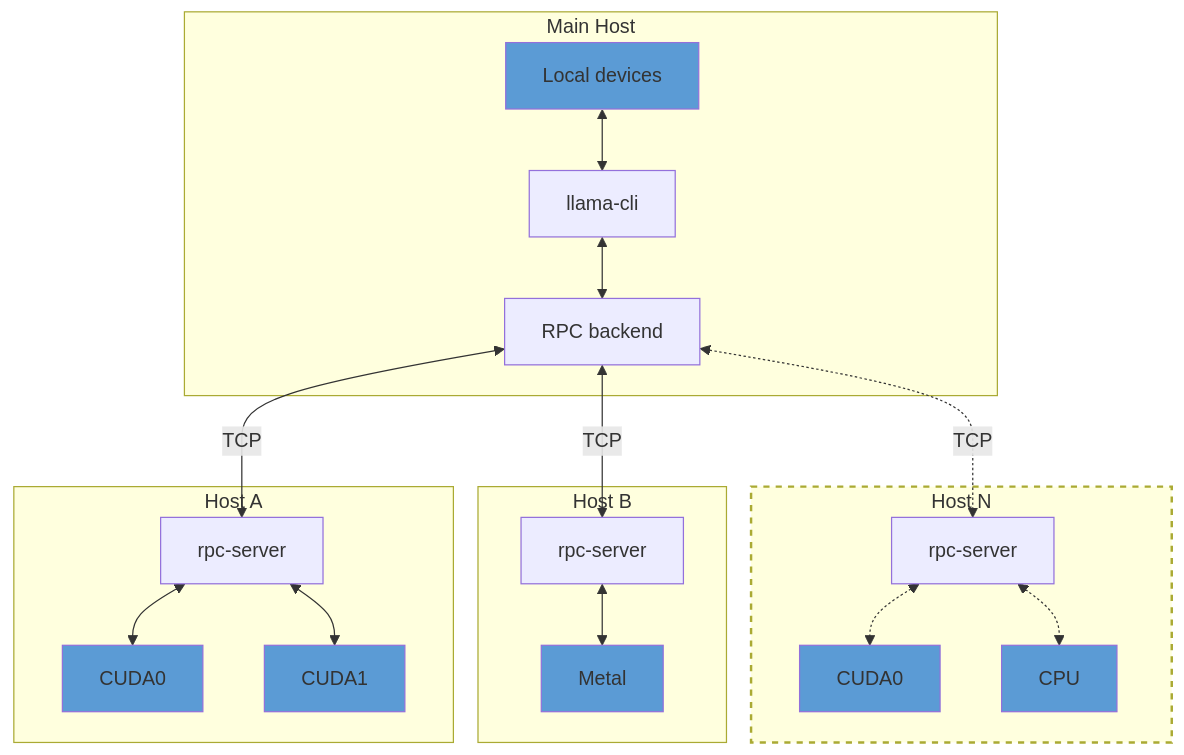
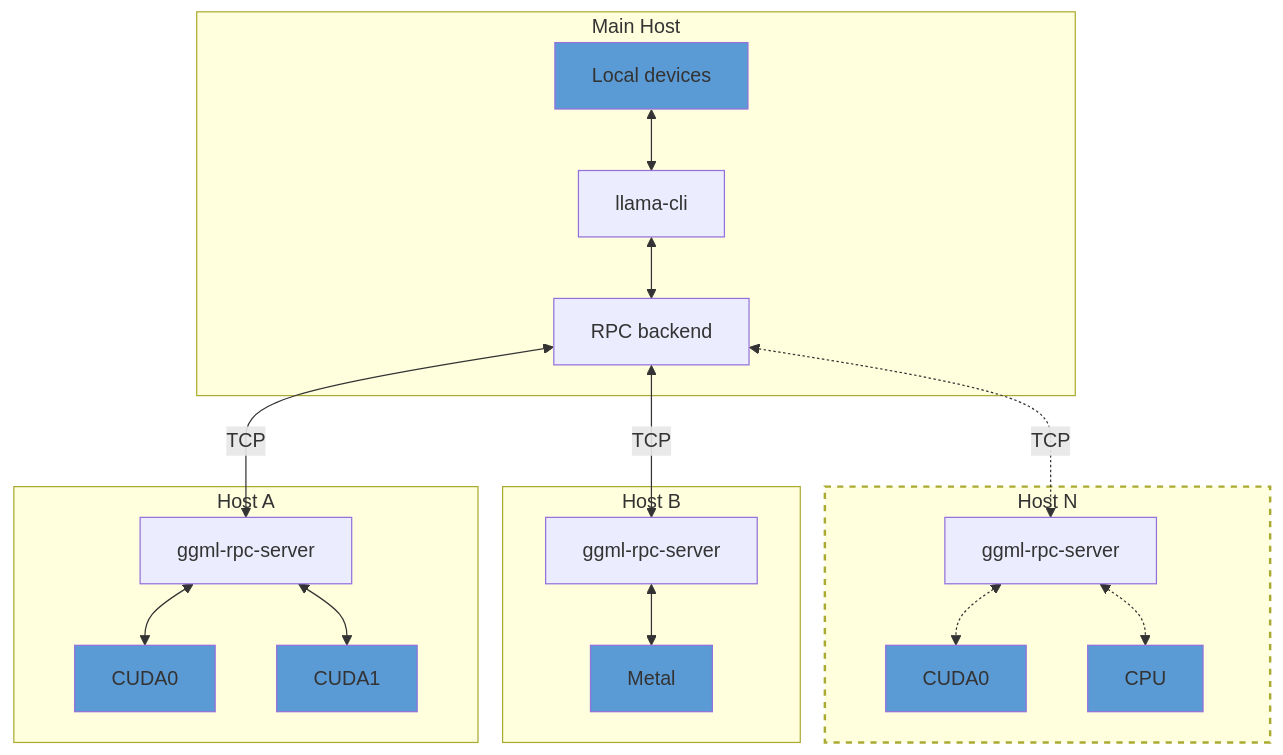
The diagram in llama.cpp/tools/rpc/README.md (zhou51320/nerv), drawn with Mermaid before and after one commit. The commit also changed other lines of this file and 2157 other files, not shown here.

````diff
--- a/llama.cpp/tools/rpc/README.md
+++ b/llama.cpp/tools/rpc/README.md
@@ -11,24 +11,24 @@
 ```mermaid
 flowchart TD
     rpcb<-->|TCP|srva
     rpcb<-->|TCP|srvb
     rpcb<-.->|TCP|srvn
     subgraph hostn[Host N]
-    srvn[rpc-server]<-.->dev4["CUDA0"]
-    srvn[rpc-server]<-.->dev5["CPU"]
+    srvn[ggml-rpc-server]<-.->dev4["CUDA0"]
+    srvn[ggml-rpc-server]<-.->dev5["CPU"]
     end
     subgraph hostb[Host B]
-    srvb[rpc-server]<-->dev3["Metal"]
+    srvb[ggml-rpc-server]<-->dev3["Metal"]
     end
     subgraph hosta[Host A]
-    srva[rpc-server]<-->dev["CUDA0"]
-    srva[rpc-server]<-->dev2["CUDA1"]
+    srva[ggml-rpc-server]<-->dev["CUDA0"]
+    srva[ggml-rpc-server]<-->dev2["CUDA1"]
     end
     subgraph host[Main Host]
     local["Local devices"]<-->ggml[llama-cli]
     ggml[llama-cli]<-->rpcb[RPC backend]
     end
     style hostn stroke:#66,stroke-width:2px,stroke-dasharray: 5 5
     classDef devcls fill:#5B9BD5
     class local,dev,dev2,dev3,dev4,dev5 devcls
 ```
````
